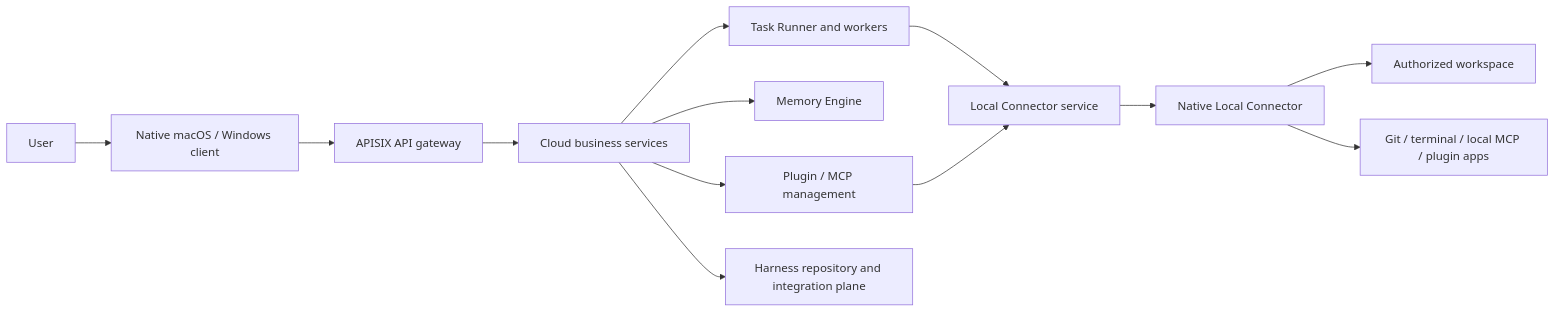
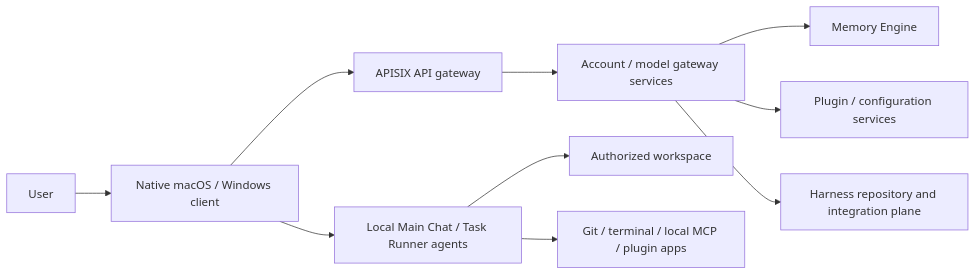
Before and after one commit to leeoohoo/chatos_rs: the diagram in README.md, drawn with Mermaid. The commit also changed other lines of this file and 829 other files, not shown here.

````diff
--- a/README.md
+++ b/README.md
@@ -34,15 +34,12 @@
 ```mermaid
 flowchart LR
     U[User] --> C[Native macOS / Windows client]
     C --> G[APISIX API gateway]
-    G --> S[Cloud business services]
-    S --> T[Task Runner and workers]
+    G --> S[Account / model gateway services]
     S --> M[Memory Engine]
-    S --> P[Plugin / MCP management]
-    T --> L[Local Connector service]
-    P --> L
-    L --> N[Native Local Connector]
-    N --> W[Authorized workspace]
-    N --> X[Git / terminal / local MCP / plugin apps]
+    S --> P[Plugin / configuration services]
+    C --> A[Local Main Chat / Task Runner agents]
+    A --> W[Authorized workspace]
+    A --> X[Git / terminal / local MCP / plugin apps]
     S --> H[Harness repository and integration plane]
 ```
````
